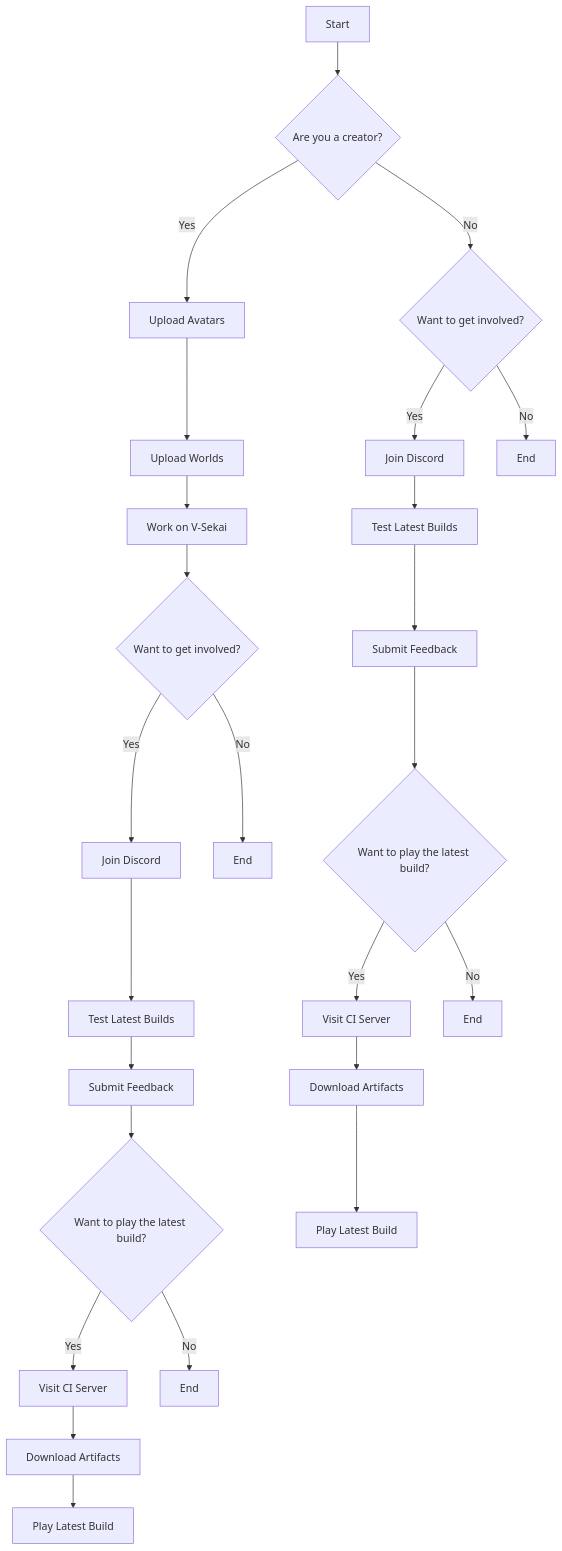
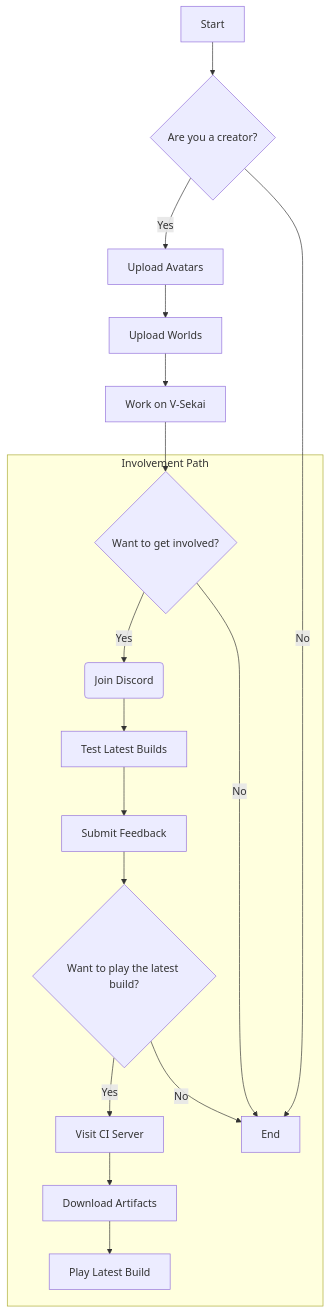
Before and after one commit to V-Sekai/.github: the diagram in profile/README.md, drawn with Mermaid.

Commit message:
Refactor involvement path in README.md

````diff
--- a/profile/README.md
+++ b/profile/README.md
@@ -10,27 +10,20 @@
 ```mermaid
 graph TD
     A[Start] --> B{Are you a creator?}
     B -->|Yes| C[Upload Avatars]
     C --> D[Upload Worlds]
     D --> E[Work on V-Sekai]
     E --> F{Want to get involved?}
-    F -->|Yes| G[Join Discord]
+    B -->|No| Y[End]
+    subgraph Involvement Path
+    F -->|Yes| G(Join Discord)
     G --> H[Test Latest Builds]
     H --> I[Submit Feedback]
     I --> J{Want to play the latest build?}
     J -->|Yes| K[Visit CI Server]
     K --> L[Download Artifacts]
     L --> M[Play Latest Build]
-    J -->|No| N[End]
-    F -->|No| O[End]
-    B -->|No| P{Want to get involved?}
-    P -->|Yes| Q[Join Discord]
-    Q --> R[Test Latest Builds]
-    R --> S[Submit Feedback]
-    S --> T{Want to play the latest build?}
-    T -->|Yes| U[Visit CI Server]
-    U --> V[Download Artifacts]
-    V --> W[Play Latest Build]
-    T -->|No| X[End]
-    P -->|No| Y[End]
+    J -->|No| Y[End]
+    end
+    F -->|No| Y[End]
 ```
````
